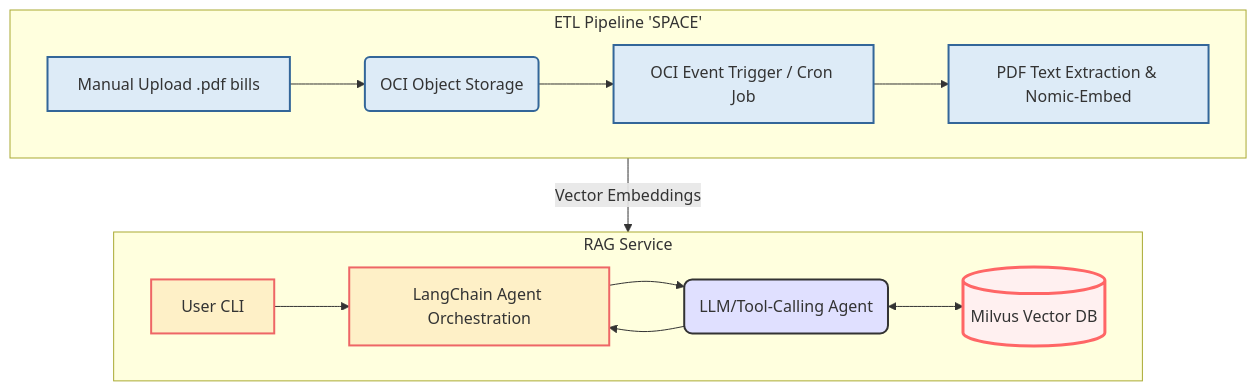
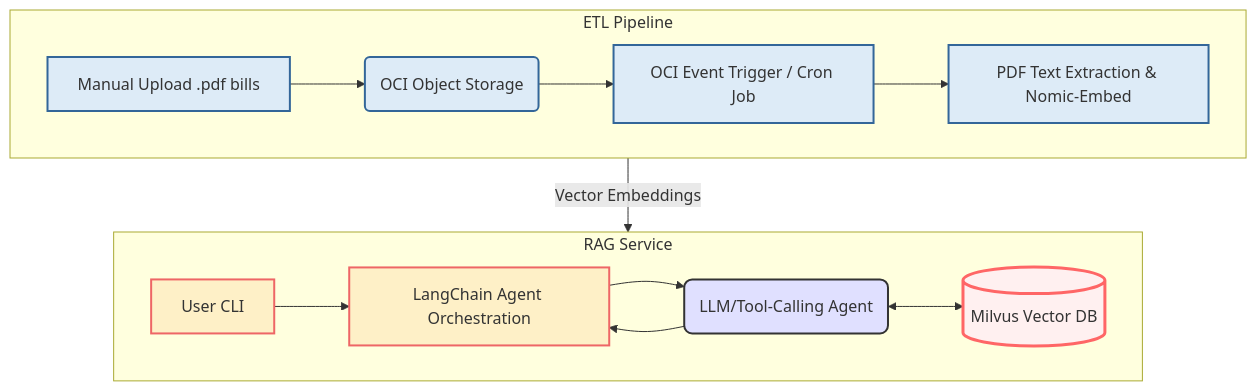
The diagram in README.md (Alvan-Dmello/Intelligent-Utility-Bill-RAG), drawn with Mermaid before and after one commit.

````diff
--- a/README.md
+++ b/README.md
@@ -29,40 +29,40 @@
 ```mermaid
 graph TD
 classDef etl fill:#DDEBF7,stroke:#369,stroke-width:2px;
 classDef rag fill:#FEF0C7,stroke:#E66,stroke-width:2px;
 classDef db fill:#FCE9E9,stroke:#F00,stroke-width:3px;
 classDef interface fill:#E6FFED,stroke:#0A0;
 
-subgraph ETL Pipeline  'SPACE'
+subgraph ETL Pipeline
 direction LR
 A[Manual Upload .pdf bills]:::interface
 B(OCI Object Storage)
 C[OCI Event Trigger / Cron Job]
 D[PDF Text Extraction & Nomic-Embed]
 
 A --> B --> C --> D;
 class A,B,C,D etl
 end
 
 subgraph RAG Service
 direction LR
 F[User CLI]:::interface
 I[LangChain Agent Orchestration]
 H(LLM/Tool-Calling Agent)
 E[(Milvus Vector DB)]:::db
 
 F --> I;
 I --> H;
 H <--> E;
 H --> I;
 
 class F,I,H rag
 end
 
 %% Link the two subgraphs
 D -- Vector Embeddings --> E;
 
 %% Explicitly style the DB and Agent for emphasis (optional, can be removed if classes are enough)
 style H fill:#E0E0FF,stroke:#333,stroke-width:2px,rx:8px,ry:8px
 style E fill:#FFF0F0,stroke:#F66,stroke-width:3px
 ```
````
